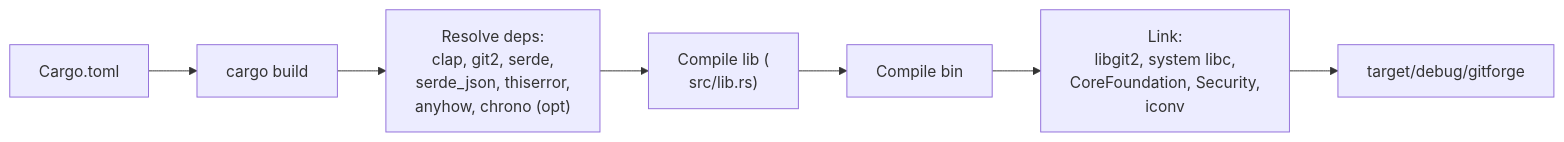
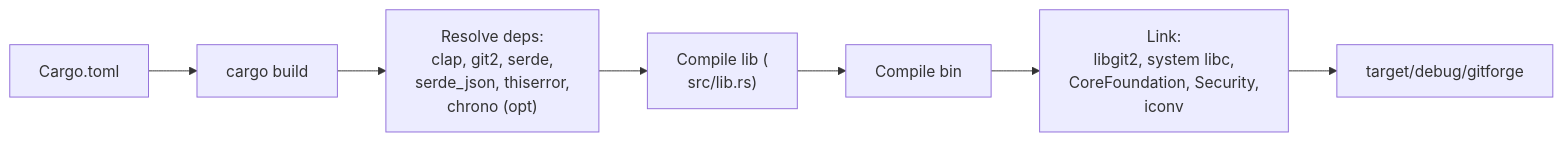
One commit to pritam12426/gitforge changed the fifth of 7 diagrams in DEV_IN_DEPTH.md. Above: the diagram before and after it, drawn with Mermaid. The commit also changed other lines of this file and 3 other files, not shown here.

````diff
--- a/DEV_IN_DEPTH.md
+++ b/DEV_IN_DEPTH.md
@@ -720,9 +878,9 @@
 ```mermaid
 flowchart LR
     A["Cargo.toml"] --> B["cargo build"]
-    B --> C["Resolve deps:<br/>clap, git2, serde,<br/>serde_json, thiserror,<br/>anyhow, chrono (opt)"]
+    B --> C["Resolve deps:<br/>clap, git2, serde,<br/>serde_json, thiserror,<br/>chrono (opt)"]
     C --> D["Compile lib (<br/>src/lib.rs)"]
     D --> E["Compile bin"]
     E --> F["Link:<br/>libgit2, system libc,<br/>CoreFoundation, Security,<br/>iconv"]
     F --> G["target/debug/gitforge"]
 ```
````
